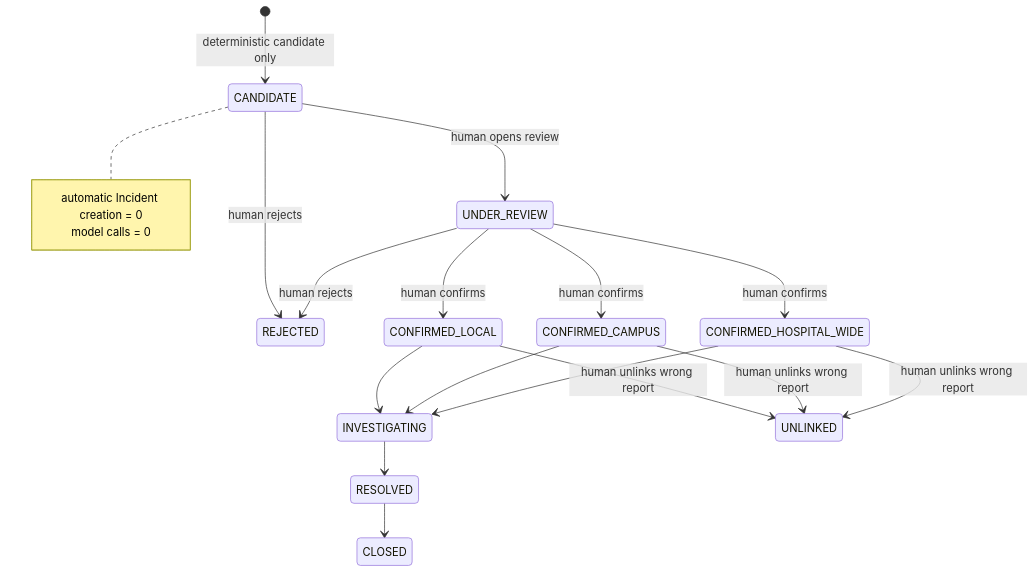
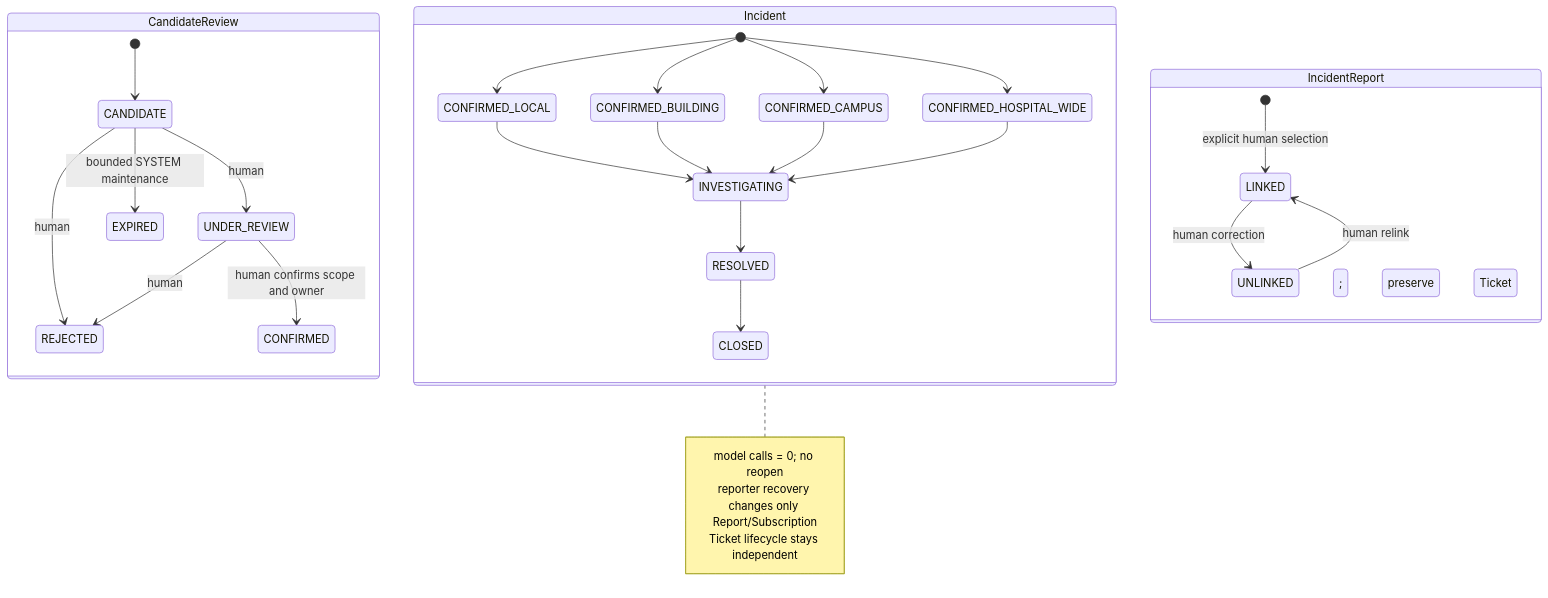
Before and after one commit to peterkis/Fault-Reporting-WeCom-Assistant: the diagram in architecture/incident_human_confirmation.mmd, drawn with Mermaid. The commit also changed 122 other files, not shown here.

Commit message:
feat(p2): implement P2-012 human-confirmed incident and notifications

```diff
--- a/architecture/incident_human_confirmation.mmd
+++ b/architecture/incident_human_confirmation.mmd
@@ -1,20 +1,31 @@
 stateDiagram-v2
-  [*] --> CANDIDATE: deterministic candidate only
-  CANDIDATE --> UNDER_REVIEW: human opens review
-  CANDIDATE --> REJECTED: human rejects
-  UNDER_REVIEW --> CONFIRMED_LOCAL: human confirms
-  UNDER_REVIEW --> CONFIRMED_CAMPUS: human confirms
-  UNDER_REVIEW --> CONFIRMED_HOSPITAL_WIDE: human confirms
-  UNDER_REVIEW --> REJECTED: human rejects
-  CONFIRMED_LOCAL --> INVESTIGATING
-  CONFIRMED_CAMPUS --> INVESTIGATING
-  CONFIRMED_HOSPITAL_WIDE --> INVESTIGATING
-  INVESTIGATING --> RESOLVED
-  RESOLVED --> CLOSED
-  CONFIRMED_LOCAL --> UNLINKED: human unlinks wrong report
-  CONFIRMED_CAMPUS --> UNLINKED: human unlinks wrong report
-  CONFIRMED_HOSPITAL_WIDE --> UNLINKED: human unlinks wrong report
-  note right of CANDIDATE
-    automatic Incident creation = 0
-    model calls = 0
+  state CandidateReview {
+    [*] --> CANDIDATE
+    CANDIDATE --> UNDER_REVIEW: human
+    CANDIDATE --> REJECTED: human
+    UNDER_REVIEW --> REJECTED: human
+    CANDIDATE --> EXPIRED: bounded SYSTEM maintenance
+    UNDER_REVIEW --> CONFIRMED: human confirms scope and owner
+  }
+  state Incident {
+    [*] --> CONFIRMED_LOCAL
+    [*] --> CONFIRMED_BUILDING
+    [*] --> CONFIRMED_CAMPUS
+    [*] --> CONFIRMED_HOSPITAL_WIDE
+    CONFIRMED_LOCAL --> INVESTIGATING
+    CONFIRMED_BUILDING --> INVESTIGATING
+    CONFIRMED_CAMPUS --> INVESTIGATING
+    CONFIRMED_HOSPITAL_WIDE --> INVESTIGATING
+    INVESTIGATING --> RESOLVED
+    RESOLVED --> CLOSED
+  }
+  state IncidentReport {
+    [*] --> LINKED: explicit human selection
+    LINKED --> UNLINKED: human correction; preserve Ticket
+    UNLINKED --> LINKED: human relink
+  }
+  note right of Incident
+    model calls = 0; no reopen
+    reporter recovery changes only Report/Subscription
+    Ticket lifecycle stays independent
   end note
```
